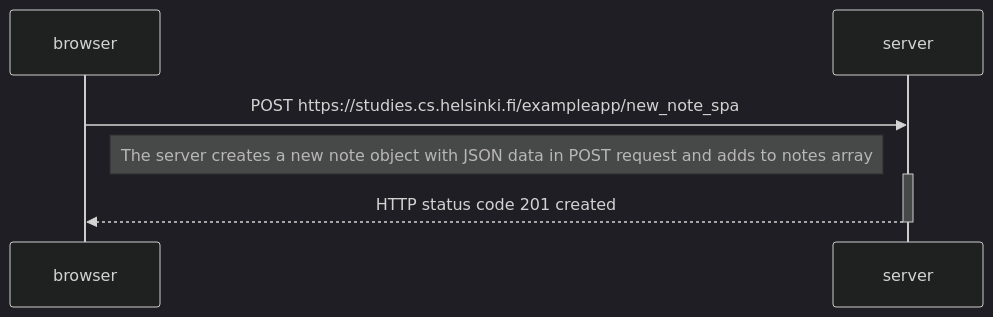
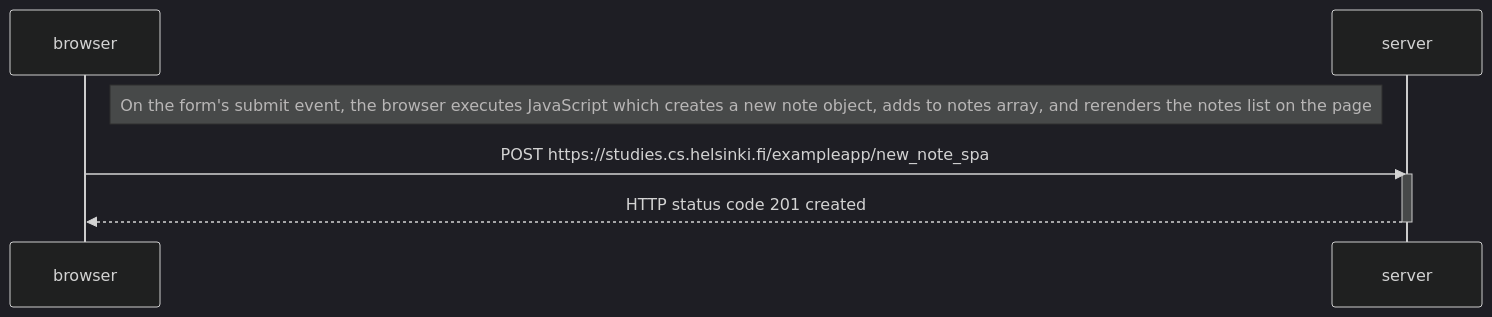
Before and after one commit to atunio1/Full-Stack-Open: the diagram in part0/exercise6.md, drawn with Mermaid (dark theme).

Commit message:
Complete exercise6.md

````diff
--- a/part0/exercise6.md
+++ b/part0/exercise6.md
@@ -4,12 +4,12 @@
 ```mermaid
 
 sequenceDiagram
     participant browser
     participant server
 
+    Note right of browser: On the form's submit event, the browser executes JavaScript which creates a new note object, adds to notes array, and rerenders the notes list on the page
     browser->>server: POST https://studies.cs.helsinki.fi/exampleapp/new_note_spa
-    Note left of server: The server creates a new note object with JSON data in POST request and adds to notes array
     activate server
     server-->>browser: HTTP status code 201 created
     deactivate server
 ```
````
